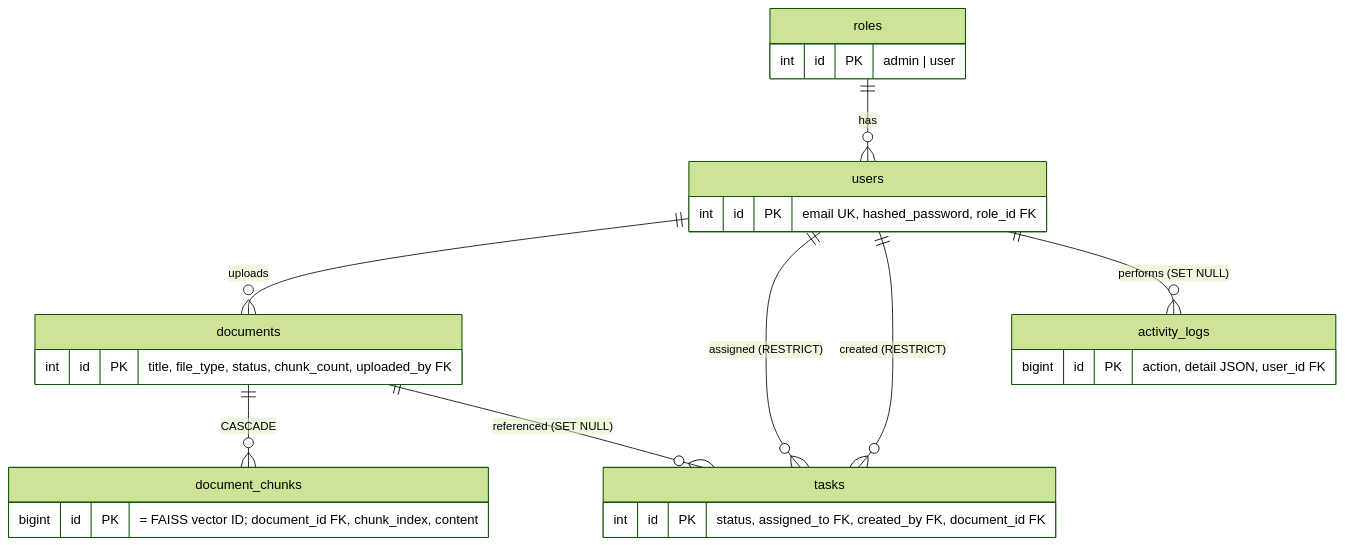
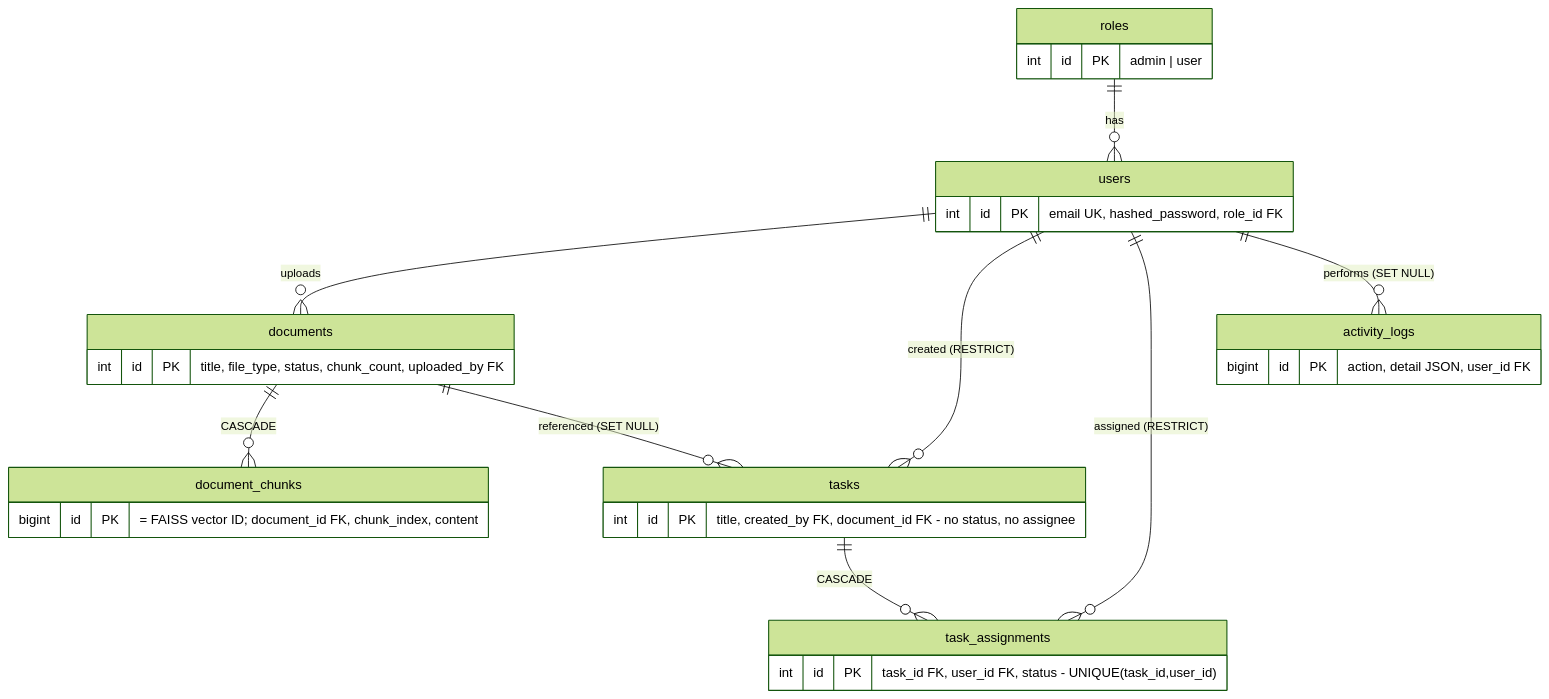
The second of 2 diagrams in README.md (vinaypokharkar/future-transformation-task), drawn with Mermaid (forest theme) before and after one commit. The commit also changed other lines of this file and 18 other files, not shown here.

````diff
--- a/README.md
+++ b/README.md
@@ -234,17 +234,19 @@
 ```mermaid
 erDiagram
     roles ||--o{ users : "has"
     users ||--o{ documents : "uploads"
-    users ||--o{ tasks : "assigned (RESTRICT)"
     users ||--o{ tasks : "created (RESTRICT)"
+    users ||--o{ task_assignments : "assigned (RESTRICT)"
+    tasks ||--o{ task_assignments : "CASCADE"
     users ||--o{ activity_logs : "performs (SET NULL)"
     documents ||--o{ document_chunks : "CASCADE"
     documents ||--o{ tasks : "referenced (SET NULL)"
 
     roles { int id PK "admin | user" }
     users { int id PK "email UK, hashed_password, role_id FK" }
     documents { int id PK "title, file_type, status, chunk_count, uploaded_by FK" }
     document_chunks { bigint id PK "= FAISS vector ID; document_id FK, chunk_index, content" }
-    tasks { int id PK "status, assigned_to FK, created_by FK, document_id FK" }
+    tasks { int id PK "title, created_by FK, document_id FK - no status, no assignee" }
+    task_assignments { int id PK "task_id FK, user_id FK, status - UNIQUE(task_id,user_id)" }
     activity_logs { bigint id PK "action, detail JSON, user_id FK" }
 ```
````
